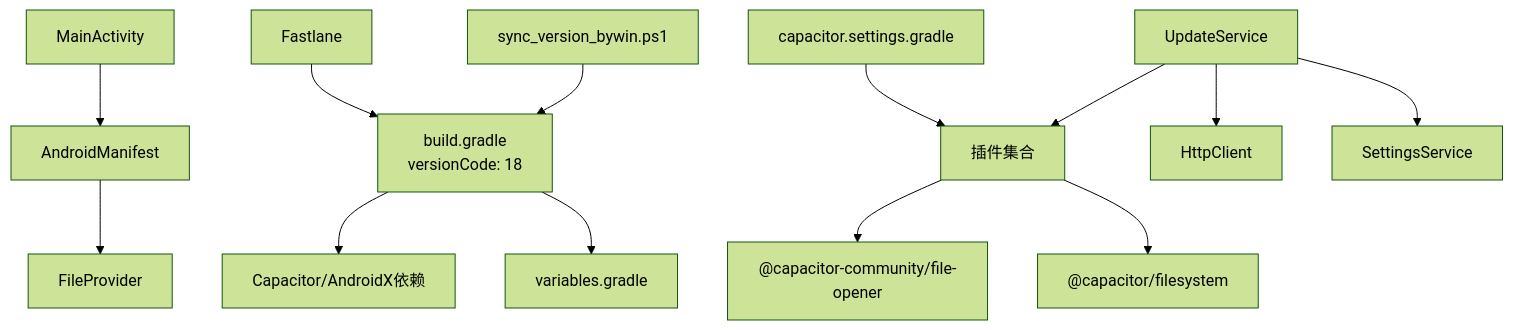
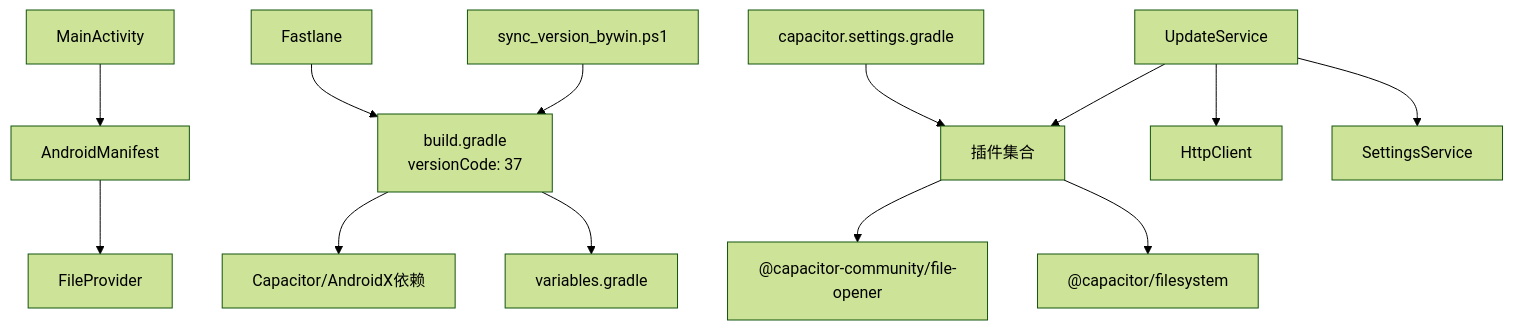
Diagram 11 of 11 in .qoder/repowiki/zh/content/原生平台集成/Android平台集成.md (tea4go/Macro-Deck-Client-App), drawn with Mermaid (forest theme) before and after one commit. The commit also changed other lines of this file and 39 other files, not shown here.

````diff
--- a/.qoder/repowiki/zh/content/原生平台集成/Android平台集成.md
+++ b/.qoder/repowiki/zh/content/原生平台集成/Android平台集成.md
@@ -622,15 +624,15 @@
 ```mermaid
 graph TB
 MA["MainActivity"] --> AM["AndroidManifest"]
 AM --> FP["FileProvider"]
-BG["build.gradle<br/>versionCode: 18"] --> Vars["variables.gradle"]
+BG["build.gradle<br/>versionCode: 37"] --> Vars["variables.gradle"]
 BG --> Deps["Capacitor/AndroidX依赖"]
 CS["capacitor.settings.gradle"] --> Plugins["插件集合"]
 US["UpdateService"] --> Plugins
 US --> HTTP["HttpClient"]
 US --> Settings["SettingsService"]
 Plugins --> Filesystem["@capacitor/filesystem"]
 Plugins --> FileOpener["@capacitor-community/file-opener"]
 FL["Fastlane"] --> BG
 SV["sync_version_bywin.ps1"] --> BG
 ```
````
